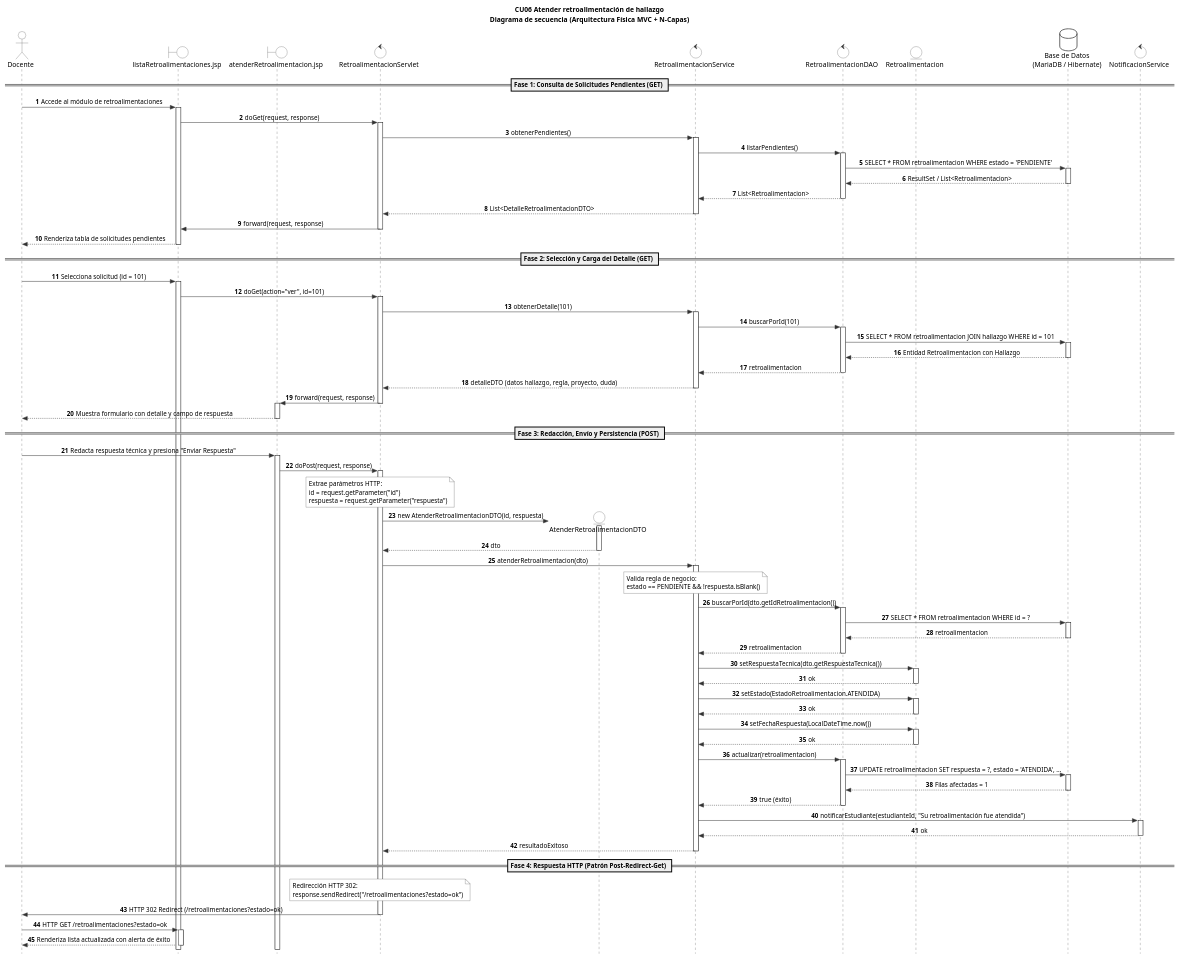
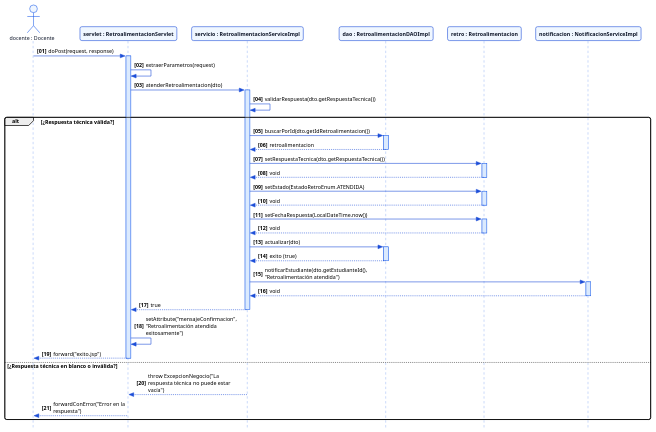
The diagram in docs/incremento2/sequenceDiagrams/cu06-atenderFeedback.puml (ErickBaja05/GR4_1BT3_622_26B), drawn with PlantUML before and after one commit. The commit also changed 4 other files, not shown here.

Commit message:
doc: Simplifico diagramas de actividades, secuencia y robustez

```diff
--- a/docs/incremento2/sequenceDiagrams/cu06-atenderFeedback.puml
+++ b/docs/incremento2/sequenceDiagrams/cu06-atenderFeedback.puml
@@ -1,173 +1,104 @@
 @startuml cu06_secuencia
 skinparam style strictuml
-skinparam sequenceMessageAlign center
-autonumber
-skinparam defaultFontName Arial
-skinparam ArrowColor #333333
-skinparam SequenceLifeLineBorderColor #333333
-skinparam ParticipantBackgroundColor #FFFFFF
-skinparam ParticipantBorderColor #333333
-skinparam ActorBackgroundColor #FFFFFF
-skinparam ActorBorderColor #333333
-skinparam BoundaryBackgroundColor #FFFFFF
-skinparam BoundaryBorderColor #333333
-skinparam ControlBackgroundColor #FFFFFF
-skinparam ControlBorderColor #333333
-skinparam EntityBackgroundColor #FFFFFF
-skinparam EntityBorderColor #333333
-skinparam DatabaseBackgroundColor #FFFFFF
-skinparam DatabaseBorderColor #333333
-skinparam SequenceGroupBorderColor #333333
-skinparam SequenceGroupBackgroundColor #FFFFFF
-skinparam NoteBackgroundColor #FFFFFF
-skinparam NoteBorderColor #333333
+skinparam defaultFontName "Segoe UI"
+skinparam defaultFontSize 11
+skinparam roundCorner 8
+skinparam shadowing false
 
-title CU06 Atender retroalimentación de hallazgo\nDiagrama de secuencia (Arquitectura Física MVC + N-Capas)
+' Ajuste de espaciado y ancho de mensajes
+skinparam maxMessageSize 180
+skinparam ParticipantPadding 10
+skinparam BoxPadding 10
 
-actor "Docente" as Docente
-boundary "listaRetroalimentaciones.jsp" as JSP_Lista
-boundary "atenderRetroalimentacion.jsp" as JSP_Form
-control "RetroalimentacionServlet" as Servlet
-entity "AtenderRetroalimentacionDTO" as DTO
-control "RetroalimentacionService" as Service
-control "RetroalimentacionDAO" as DAO
-entity "Retroalimentacion" as Retro
-database "Base de Datos\n(MariaDB / Hibernate)" as BD
-control "NotificacionService" as Notif
+skinparam participant {
+    BackgroundColor #F0F7FF
+    BorderColor #1D4ED8
+    BorderThickness 1.2
+    FontColor #0F172A
+    FontStyle bold
+}
 
-== Fase 1: Consulta de Solicitudes Pendientes (GET) ==
-Docente -> JSP_Lista : Accede al módulo de retroalimentaciones
-activate JSP_Lista
-JSP_Lista -> Servlet : doGet(request, response)
-activate Servlet
+skinparam actor {
+    BackgroundColor #EFF6FF
+    BorderColor #2563EB
+    BorderThickness 1.2
+    FontColor #0F172A
+}
 
-Servlet -> Service : obtenerPendientes()
-activate Service
+skinparam sequence {
+    LifeLineBackgroundColor #DBEAFE
+    LifeLineBorderColor #2563EB
+    ArrowColor #1D4ED8
+    ArrowThickness 1.2
+}
 
-Service -> DAO : listarPendientes()
-activate DAO
+autonumber "<b>[00]</b>"
 
-DAO -> BD : SELECT * FROM retroalimentacion WHERE estado = 'PENDIENTE'
-activate BD
-BD --> DAO : ResultSet / List<Retroalimentacion>
-deactivate BD
+actor "docente : Docente" as docente
+participant "servlet : RetroalimentacionServlet" as servlet
+participant "servicio : RetroalimentacionServiceImpl" as service
+participant "dao : RetroalimentacionDAOImpl" as dao
+participant "retro : Retroalimentacion" as retro
+participant "notificacion : NotificacionServiceImpl" as notif
 
-DAO --> Service : List<Retroalimentacion>
-deactivate DAO
+' 1. El docente envía la petición al Servlet
+docente -> servlet : doPost(request, response)
+activate servlet
 
-Service --> Servlet : List<DetalleRetroalimentacionDTO>
-deactivate Service
+' 2. El Servlet procesa la petición y delega al Servicio pasando el DTO
+servlet -> servlet : extraerParametros(request)
+servlet -> service : atenderRetroalimentacion(dto)
+activate service
 
-Servlet -> JSP_Lista : forward(request, response)
-deactivate Servlet
-JSP_Lista --> Docente : Renderiza tabla de solicitudes pendientes
-deactivate JSP_Lista
+' 3. El Servicio valida los datos de la respuesta técnica
+service -> service : validarRespuesta(dto.getRespuestaTecnica())
 
-== Fase 2: Selección y Carga del Detalle (GET) ==
-Docente -> JSP_Lista : Selecciona solicitud (id = 101)
-activate JSP_Lista
-JSP_Lista -> Servlet : doGet(action="ver", id=101)
-activate Servlet
+alt ¿Respuesta técnica válida?
+    ' 4. El Servicio recupera la entidad para modificarla
+    service -> dao : buscarPorId(dto.getIdRetroalimentacion())
+    activate dao
+    dao --> service : retroalimentacion
+    deactivate dao
 
-Servlet -> Service : obtenerDetalle(101)
-activate Service
+    ' 5. Actualización de atributos en la entidad de dominio
+    service -> retro : setRespuestaTecnica(dto.getRespuestaTecnica())
+    activate retro
+    retro --> service : void
+    deactivate retro
 
-Service -> DAO : buscarPorId(101)
-activate DAO
-DAO -> BD : SELECT * FROM retroalimentacion JOIN hallazgo WHERE id = 101
-activate BD
-BD --> DAO : Entidad Retroalimentacion con Hallazgo
-deactivate BD
-DAO --> Service : retroalimentacion
-deactivate DAO
+    service -> retro : setEstado(EstadoRetroEnum.ATENDIDA)
+    activate retro
+    retro --> service : void
+    deactivate retro
 
-Service --> Servlet : detalleDTO (datos hallazgo, regla, proyecto, duda)
-deactivate Service
+    service -> retro : setFechaRespuesta(LocalDateTime.now())
+    activate retro
+    retro --> service : void
+    deactivate retro
 
-Servlet -> JSP_Form : forward(request, response)
-deactivate Servlet
-activate JSP_Form
-JSP_Form --> Docente : Muestra formulario con detalle y campo de respuesta
-deactivate JSP_Form
+    ' 6. El Servicio persiste los cambios enviando el DTO hacia el DAO
+    service -> dao : actualizar(dto)
+    activate dao
+    dao --> service : exito (true)
+    deactivate dao
 
-== Fase 3: Redacción, Envío y Persistencia (POST) ==
-Docente -> JSP_Form : Redacta respuesta técnica y presiona "Enviar Respuesta"
-activate JSP_Form
-JSP_Form -> Servlet : doPost(request, response)
-activate Servlet
+    ' 7. Notificación al estudiante responsable
+    service -> notif : notificarEstudiante(dto.getEstudianteId(), "Retroalimentación atendida")
+    activate notif
+    notif --> service : void
+    deactivate notif
 
-note over Servlet
-  Extrae parámetros HTTP:
-  id = request.getParameter("id")
-  respuesta = request.getParameter("respuesta")
-end note
+    ' 8. Retorno y respuesta de éxito hacia el Servlet
+    service --> servlet : true
+    deactivate service
 
-Servlet -> DTO ** : new AtenderRetroalimentacionDTO(id, respuesta)
-activate DTO
-DTO --> Servlet : dto
-deactivate DTO
+    servlet -> servlet : setAttribute("mensajeConfirmacion", "Retroalimentación atendida exitosamente")
+    servlet --> docente : forward("exito.jsp")
+    deactivate servlet
 
-Servlet -> Service : atenderRetroalimentacion(dto)
-activate Service
-
-note over Service
-  Valida regla de negocio:
-  estado == PENDIENTE && !respuesta.isBlank()
-end note
-
-Service -> DAO : buscarPorId(dto.getIdRetroalimentacion())
-activate DAO
-DAO -> BD : SELECT * FROM retroalimentacion WHERE id = ?
-activate BD
-BD --> DAO : retroalimentacion
-deactivate BD
-DAO --> Service : retroalimentacion
-deactivate DAO
-
-Service -> Retro : setRespuestaTecnica(dto.getRespuestaTecnica())
-activate Retro
-Retro --> Service : ok
-deactivate Retro
-
-Service -> Retro : setEstado(EstadoRetroalimentacion.ATENDIDA)
-activate Retro
-Retro --> Service : ok
-deactivate Retro
-
-Service -> Retro : setFechaRespuesta(LocalDateTime.now())
-activate Retro
-Retro --> Service : ok
-deactivate Retro
-
-Service -> DAO : actualizar(retroalimentacion)
-activate DAO
-DAO -> BD : UPDATE retroalimentacion SET respuesta = ?, estado = 'ATENDIDA', ...
-activate BD
-BD --> DAO : Filas afectadas = 1
-deactivate BD
-DAO --> Service : true (éxito)
-deactivate DAO
-
-Service -> Notif : notificarEstudiante(estudianteId, "Su retroalimentación fue atendida")
-activate Notif
-Notif --> Service : ok
-deactivate Notif
-
-Service --> Servlet : resultadoExitoso
-deactivate Service
-
-== Fase 4: Respuesta HTTP (Patrón Post-Redirect-Get) ==
-note over Servlet
-  Redirección HTTP 302:
-  response.sendRedirect("/retroalimentaciones?estado=ok")
-end note
-
-Servlet -> Docente : HTTP 302 Redirect (/retroalimentaciones?estado=ok)
-deactivate Servlet
-
-Docente -> JSP_Lista : HTTP GET /retroalimentaciones?estado=ok
-activate JSP_Lista
-JSP_Lista --> Docente : Renderiza lista actualizada con alerta de éxito
-deactivate JSP_Lista
+else ¿Respuesta técnica en blanco o inválida?
+    service --> servlet : throw ExcepcionNegocio("La respuesta técnica no puede estar vacía")
+    servlet --> docente : forwardConError("Error en la respuesta")
+end
 
 @enduml
```
